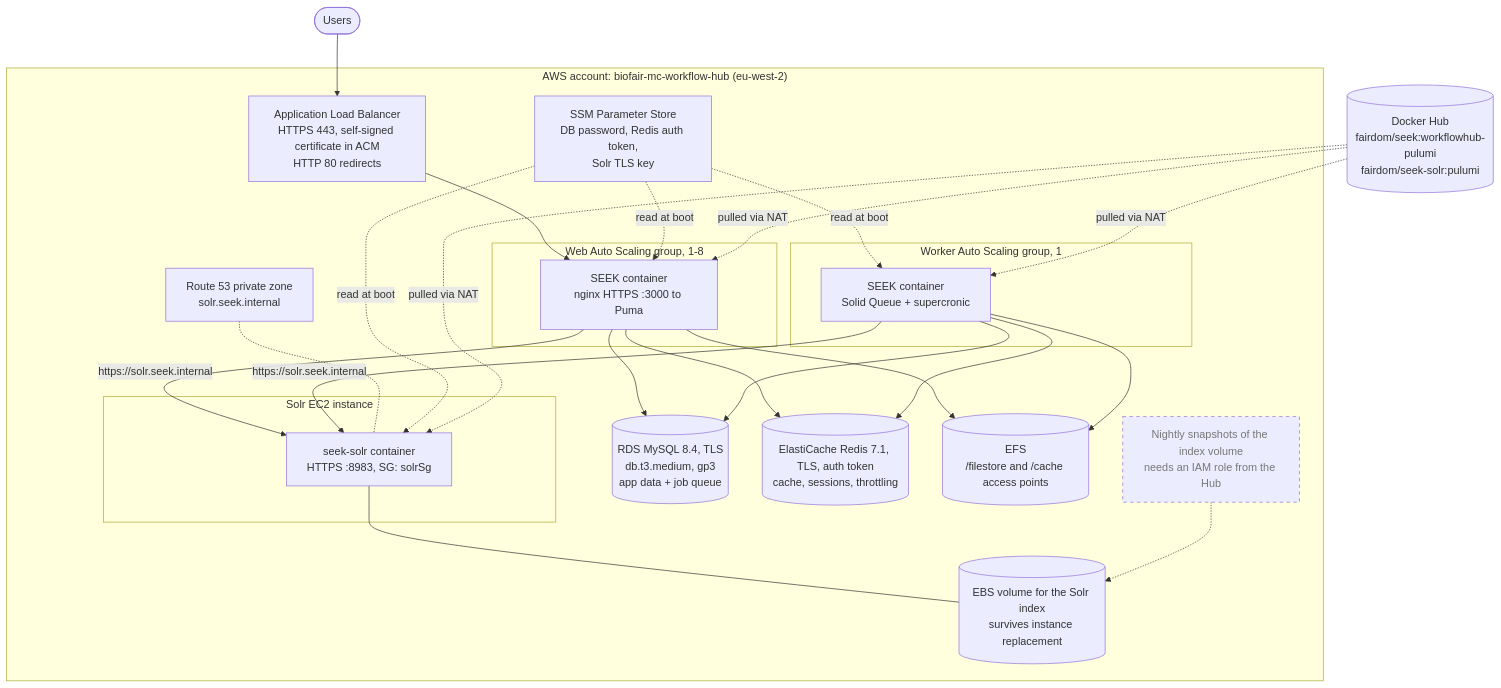
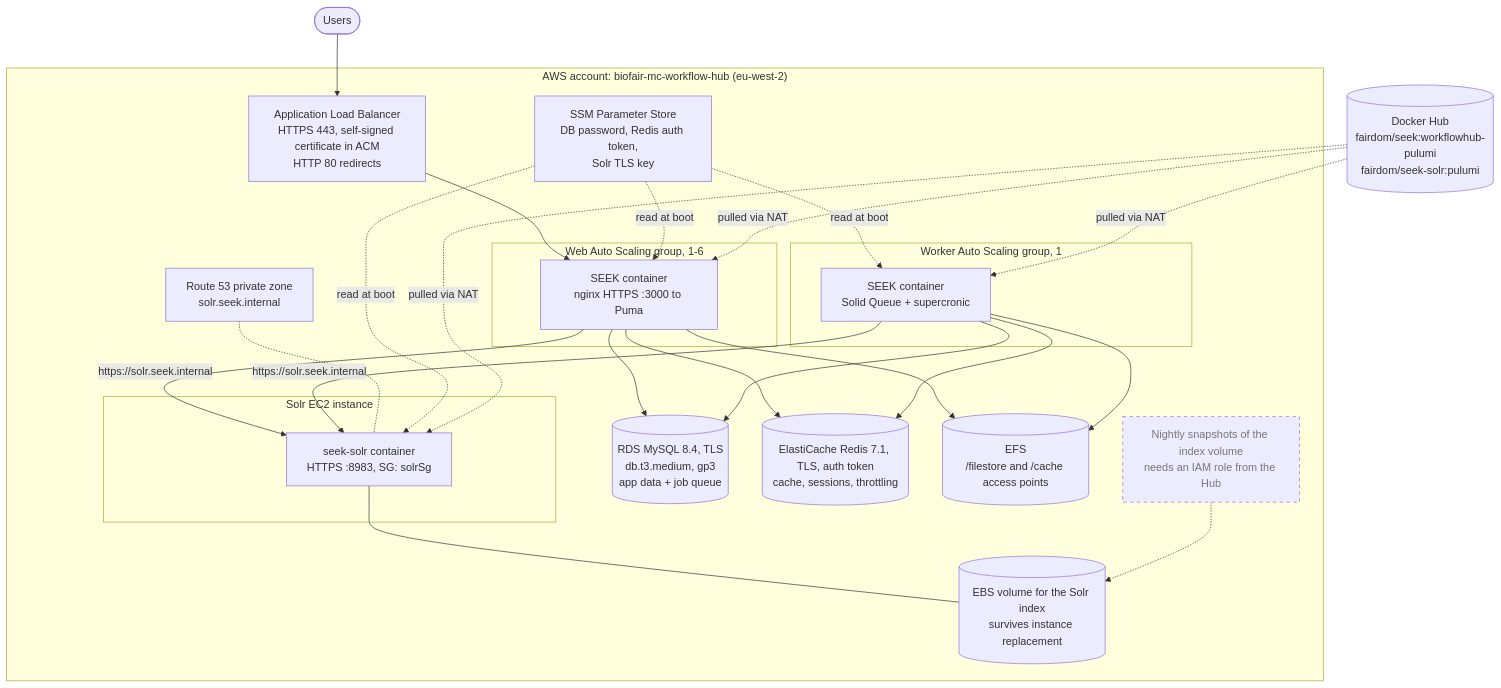
Before and after one commit to seek4science/seek: the second of 4 diagrams in docs/pulumi-architecture.md, drawn with Mermaid. The commit also changed other lines of this file and 3 other files, not shown here.

First line of the commit message:
Document the web tier's sizing and scaling from load testing

````diff
--- a/docs/pulumi-architecture.md
+++ b/docs/pulumi-architecture.md
@@ -65,50 +65,50 @@
 ```mermaid
 flowchart TB
     users(["Users"])
     hub[("Docker Hub<br/>fairdom/seek:workflowhub-pulumi<br/>fairdom/seek-solr:pulumi")]
 
     subgraph aws["AWS account: biofair-mc-workflow-hub (eu-west-2)"]
         alb["Application Load Balancer<br/>HTTPS 443, self-signed certificate in ACM<br/>HTTP 80 redirects"]
 
-        subgraph webasg["Web Auto Scaling group, 1-8"]
+        subgraph webasg["Web Auto Scaling group, 1-6"]
             web["SEEK container<br/>nginx HTTPS :3000 to Puma"]
         end
         subgraph workerasg["Worker Auto Scaling group, 1"]
             workers["SEEK container<br/>Solid Queue + supercronic"]
         end
         subgraph solrbox["Solr EC2 instance"]
             solr["seek-solr container<br/>HTTPS :8983, SG: solrSg"]
         end
 
         privdns["Route 53 private zone<br/>solr.seek.internal"]
         rds[("RDS MySQL 8.4, TLS<br/>db.t3.medium, gp3<br/>app data + job queue")]
         redis[("ElastiCache Redis 7.1, TLS, auth token<br/>cache, sessions, throttling")]
         efs[("EFS<br/>/filestore and /cache access points")]
         params["SSM Parameter Store<br/>DB password, Redis auth token,<br/>Solr TLS key"]
 
         ebs[("EBS volume for the Solr index<br/>survives instance replacement")]
         snaps["Nightly snapshots of the index volume<br/>needs an IAM role from the Hub"]
     end
 
     users --> alb --> web
     web --> rds
     web --> redis
     web --> efs
     web -- "https://solr.seek.internal" --> solr
     workers --> rds
     workers --> redis
     workers --> efs
     workers -- "https://solr.seek.internal" --> solr
     privdns -.- solr
     params -. "read at boot" .-> web
     params -. "read at boot" .-> workers
     params -. "read at boot" .-> solr
     hub -. "pulled via NAT" .-> web
     hub -. "pulled via NAT" .-> workers
     hub -. "pulled via NAT" .-> solr
     solr --- ebs
     snaps -.-> ebs
 
     classDef planned stroke-dasharray:5 5,color:#777
     class snaps planned
 ```
````
